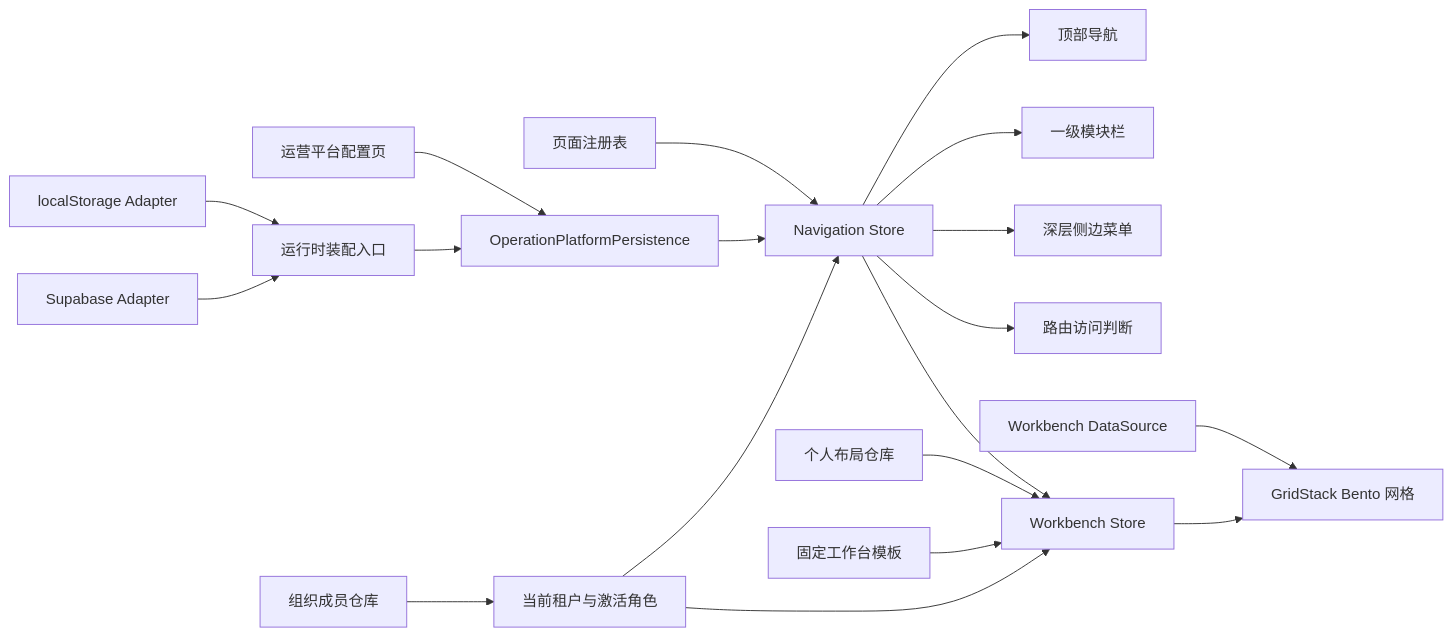
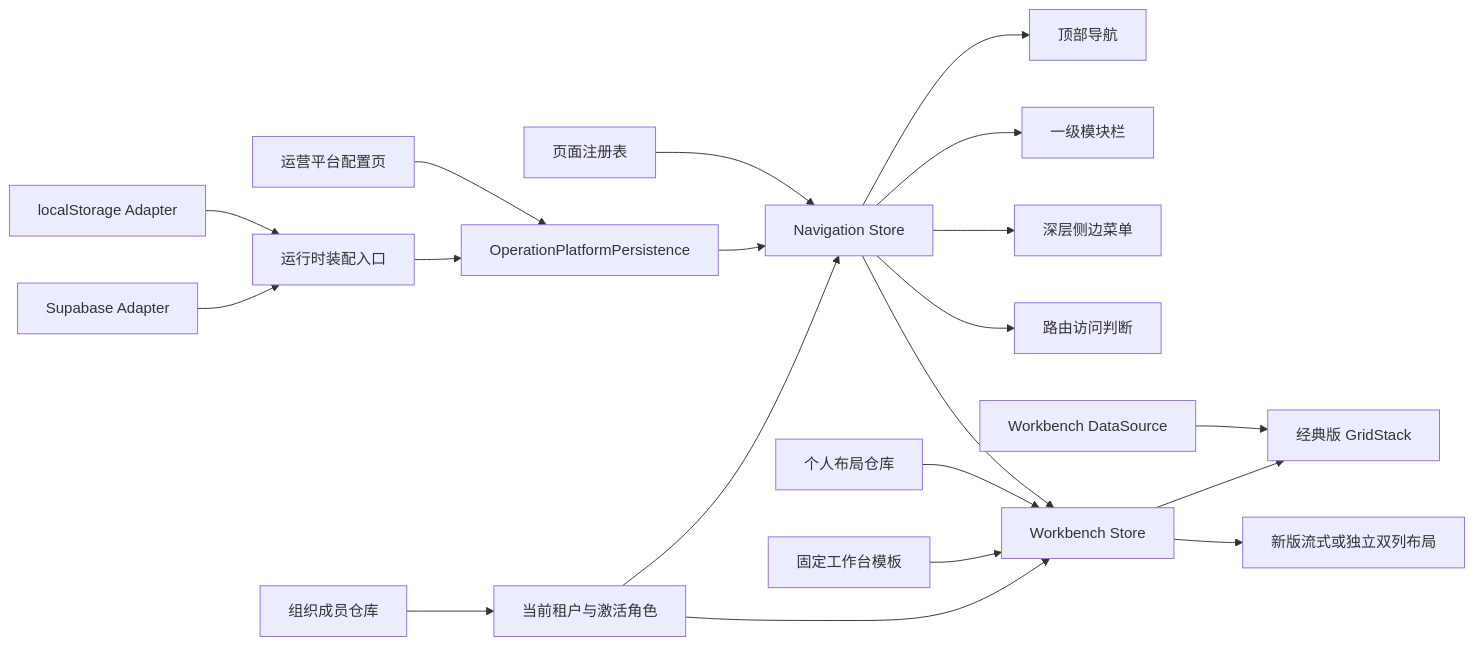
Before and after one commit to xiao-user/Operation-Platform: the diagram in README.md, drawn with Mermaid. The commit also changed other lines of this file and 29 other files, not shown here.

````diff
--- a/README.md
+++ b/README.md
@@ -183,21 +184,22 @@
 ```mermaid
 flowchart LR
     A[当前租户与激活角色] --> B[Navigation Store]
     C[OperationPlatformPersistence] --> B
     Q[运行时装配入口] --> C
     R[Supabase Adapter] --> Q
     S[localStorage Adapter] --> Q
     D[组织成员仓库] --> A
     F[页面注册表] --> B
     B --> G[顶部导航]
     B --> H[一级模块栏]
     B --> I[深层侧边菜单]
     B --> J[路由访问判断]
     K[运营平台配置页] --> C
     A --> L[Workbench Store]
     M[固定工作台模板] --> L
     N[个人布局仓库] --> L
     B --> L
-    L --> O[GridStack Bento 网格]
+    L --> O[经典版 GridStack]
+    L --> T[新版流式或独立双列布局]
     P[Workbench DataSource] --> O
 ```
````
